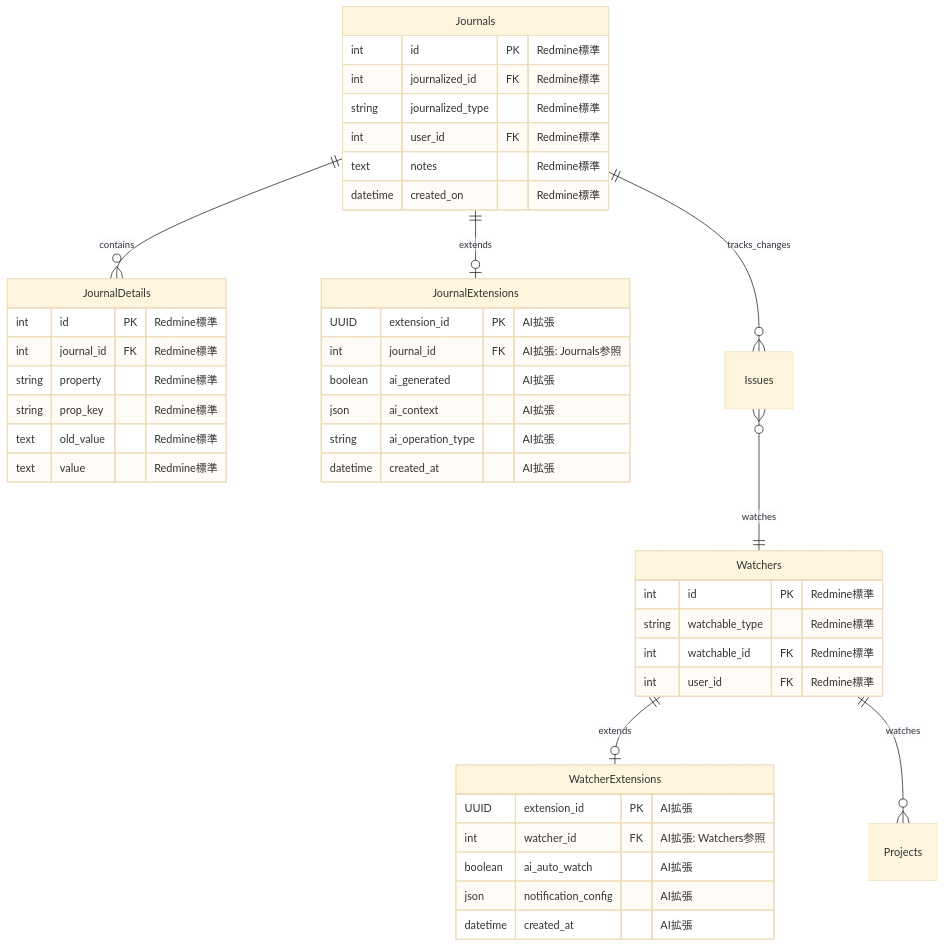
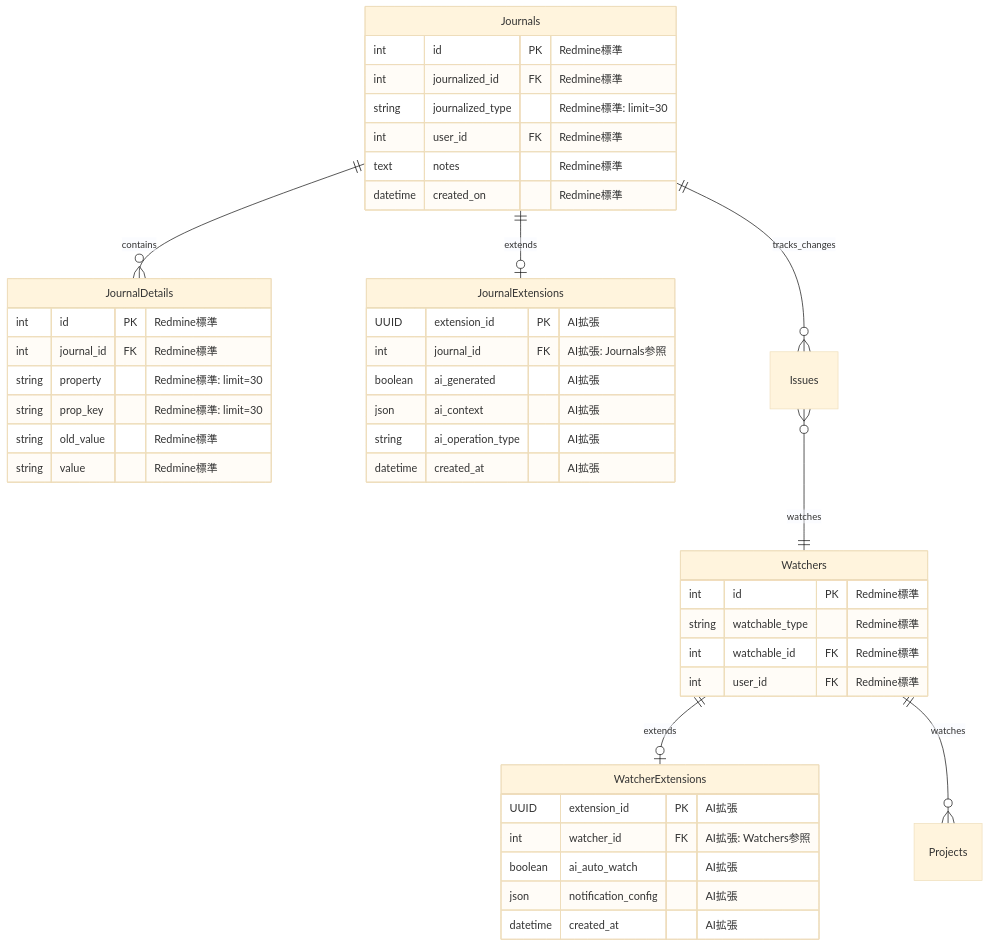
The sixth of 15 diagrams in docs/030000_設計/035000_データ設計/035010_ER図.md (daichiTAAA/AgentOpsPlatform), drawn with Mermaid (base theme) before and after one commit. The commit also changed other lines of this file, not shown here.

````diff
--- a/docs/030000_設計/035000_データ設計/035010_ER図.md
+++ b/docs/030000_設計/035000_データ設計/035010_ER図.md
@@ -437,54 +435,54 @@
 ```mermaid
 erDiagram
     %% Redmine標準テーブル（変更なし）
     Journals {
         int id PK "Redmine標準"
         int journalized_id FK "Redmine標準"
-        string journalized_type "Redmine標準"
+        string journalized_type "Redmine標準: limit=30"
         int user_id FK "Redmine標準"
         text notes "Redmine標準"
         datetime created_on "Redmine標準"
     }
     
     JournalDetails {
         int id PK "Redmine標準"
         int journal_id FK "Redmine標準"
-        string property "Redmine標準"
-        string prop_key "Redmine標準"
-        text old_value "Redmine標準"
-        text value "Redmine標準"
+        string property "Redmine標準: limit=30"
+        string prop_key "Redmine標準: limit=30"
+        string old_value "Redmine標準"
+        string value "Redmine標準"
     }
     
     Watchers {
         int id PK "Redmine標準"
         string watchable_type "Redmine標準"
         int watchable_id FK "Redmine標準"
         int user_id FK "Redmine標準"
     }
     
     %% AI拡張テーブル（新規追加）
     JournalExtensions {
         UUID extension_id PK "AI拡張"
         int journal_id FK "AI拡張: Journals参照"
         boolean ai_generated "AI拡張"
         json ai_context "AI拡張"
         string ai_operation_type "AI拡張"
         datetime created_at "AI拡張"
     }
     
     WatcherExtensions {
         UUID extension_id PK "AI拡張"
         int watcher_id FK "AI拡張: Watchers参照"
         boolean ai_auto_watch "AI拡張"
         json notification_config "AI拡張"
         datetime created_at "AI拡張"
     }
     
     %% 関係性
     Journals ||--o| JournalExtensions : extends
     Watchers ||--o| WatcherExtensions : extends
     Journals ||--o{ JournalDetails : contains
     Journals ||--o{ Issues : tracks_changes
     Issues }o--|| Watchers : watches
     Watchers ||--o{ Projects : watches
 ```
````
